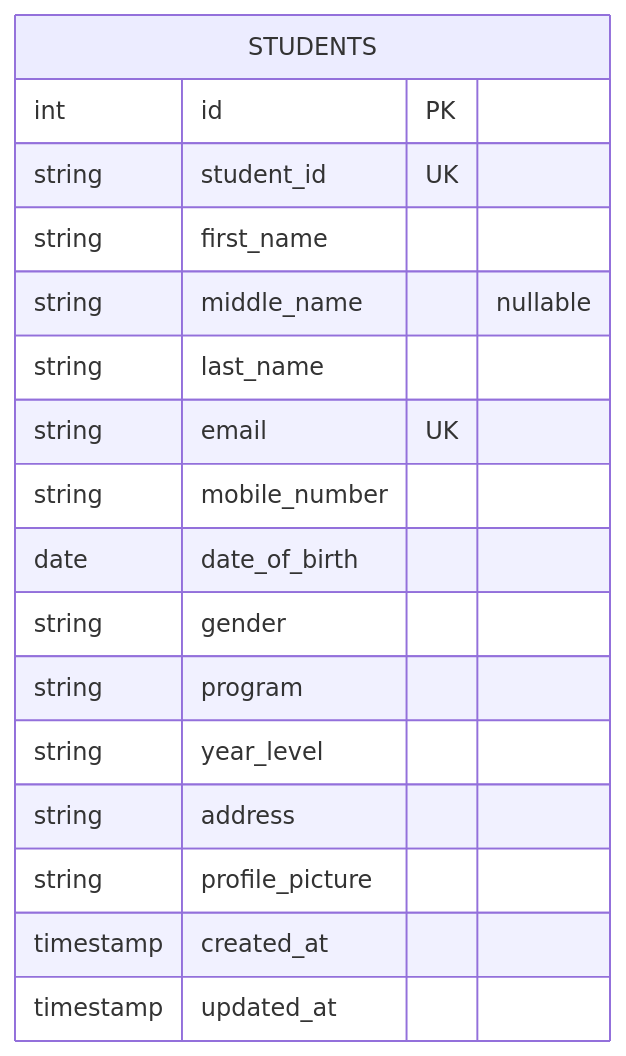
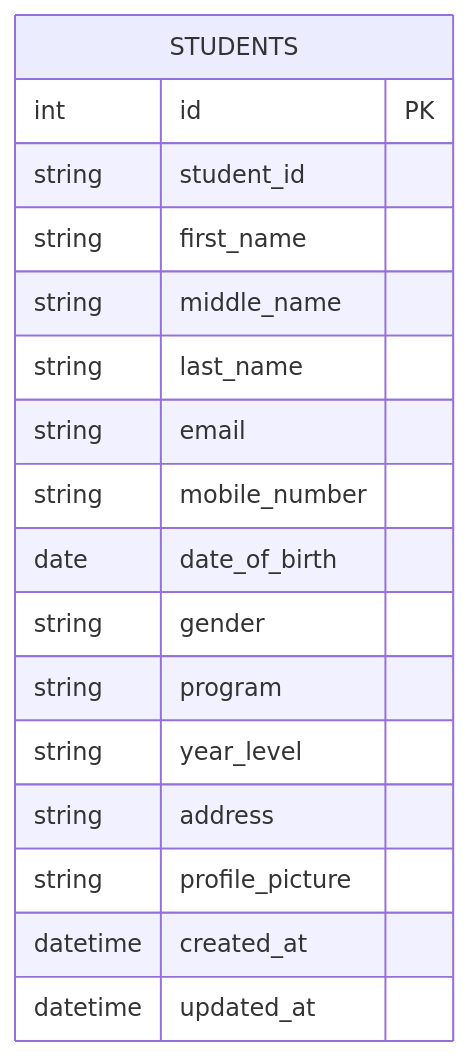
The second of 3 diagrams in README.md (carlmatthewcastro/week04-student-registration), drawn with Mermaid before and after one commit. The commit also changed other lines of this file, not shown here.

Commit message:
docs: update student registration documentation

````diff
--- a/README.md
+++ b/README.md
@@ -79,20 +71,20 @@
 ```mermaid
 erDiagram
     STUDENTS {
         int id PK
-        string student_id UK
+        string student_id
         string first_name
-        string middle_name "nullable"
+        string middle_name
         string last_name
-        string email UK
+        string email
         string mobile_number
         date date_of_birth
         string gender
         string program
         string year_level
         string address
         string profile_picture
-        timestamp created_at
-        timestamp updated_at
+        datetime created_at
+        datetime updated_at
     }
 ```
````
